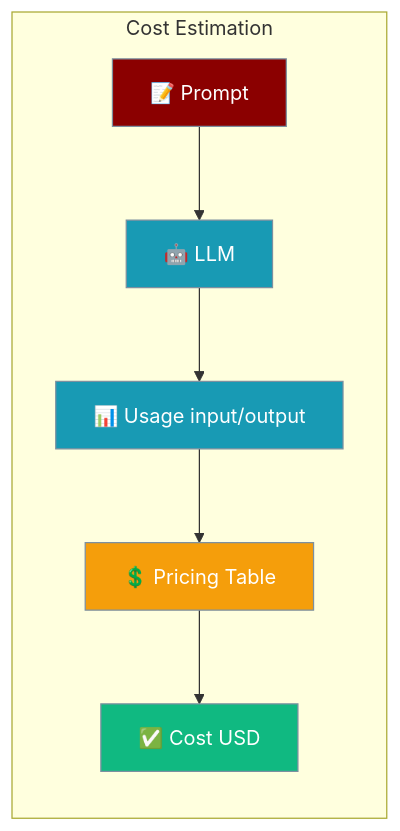
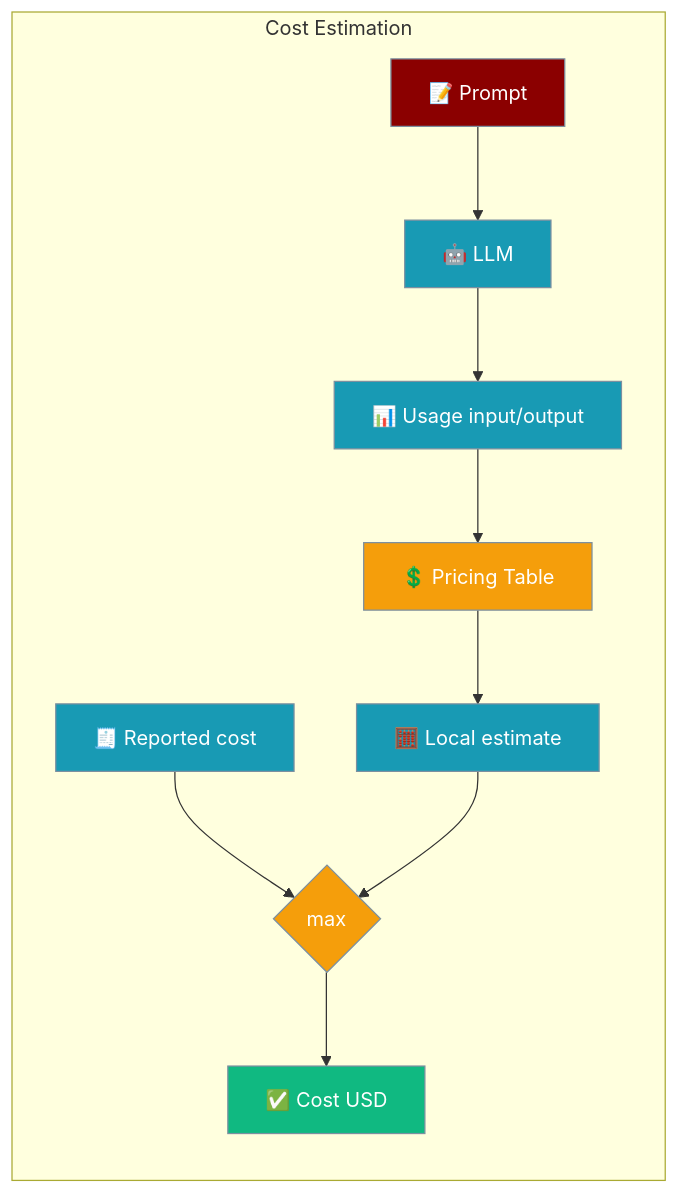
The first of 4 diagrams in docs/features/cost-tracking.mdx (MervinPraison/PraisonAIDocs), drawn with Mermaid before and after one commit. The commit also changed other lines of this file and 3 other files, not shown here.

Commit message:
fix: document prompt-cache token pricing and provider-reported cost floor (fixes #4815)

````diff
--- a/docs/features/cost-tracking.mdx
+++ b/docs/features/cost-tracking.mdx
@@ -10,20 +10,25 @@
 ```mermaid
 graph LR
     subgraph "Cost Estimation"
         A[📝 Prompt] --> B[🤖 LLM]
         B --> C[📊 Usage input/output]
         C --> D[💲 Pricing Table]
-        D --> E[✅ Cost USD]
+        D --> F[🧮 Local estimate]
+        R[🧾 Reported cost] --> M{max}
+        F --> M
+        M --> E[✅ Cost USD]
     end
 
     classDef input fill:#8B0000,stroke:#7C90A0,color:#fff
     classDef process fill:#189AB4,stroke:#7C90A0,color:#fff
     classDef pricing fill:#F59E0B,stroke:#7C90A0,color:#fff
     classDef output fill:#10B981,stroke:#7C90A0,color:#fff
 
     class A input
     class B process
     class C process
     class D pricing
+    class F,R process
+    class M pricing
     class E output
 ```
````
